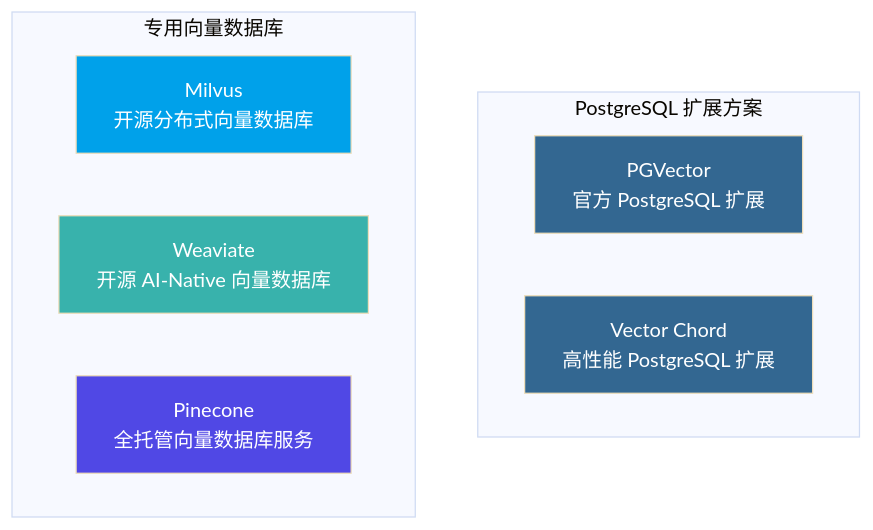
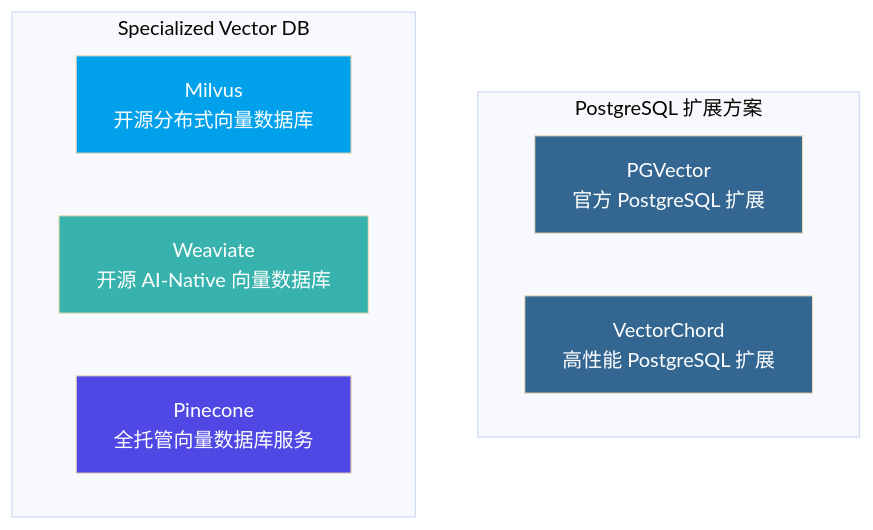
The first of 16 diagrams in docs/research/004-vector-databases.md (ThreeFish-AI/agentic-ai-cognizes), drawn with Mermaid (base theme) before and after one commit. The commit also changed other lines of this file, not shown here.

````diff
--- a/docs/research/004-vector-databases.md
+++ b/docs/research/004-vector-databases.md
@@ -46,19 +46,19 @@
 ```mermaid
 graph TB
     subgraph "PostgreSQL 扩展方案"
         PGV[PGVector<br/>官方 PostgreSQL 扩展]
-        VC[Vector Chord<br/>高性能 PostgreSQL 扩展]
+        VC[VectorChord<br/>高性能 PostgreSQL 扩展]
     end
 
-    subgraph "专用向量数据库"
+    subgraph "Specialized Vector DB"
         MV[Milvus<br/>开源分布式向量数据库]
         WV[Weaviate<br/>开源 AI-Native 向量数据库]
         PC[Pinecone<br/>全托管向量数据库服务]
     end
 
     style PGV fill:#336791,color:#fff
     style VC fill:#336791,color:#fff
     style MV fill:#00A1EA,color:#fff
     style WV fill:#38b2ac,color:#fff
     style PC fill:#5048E5,color:#fff
 ```
````
